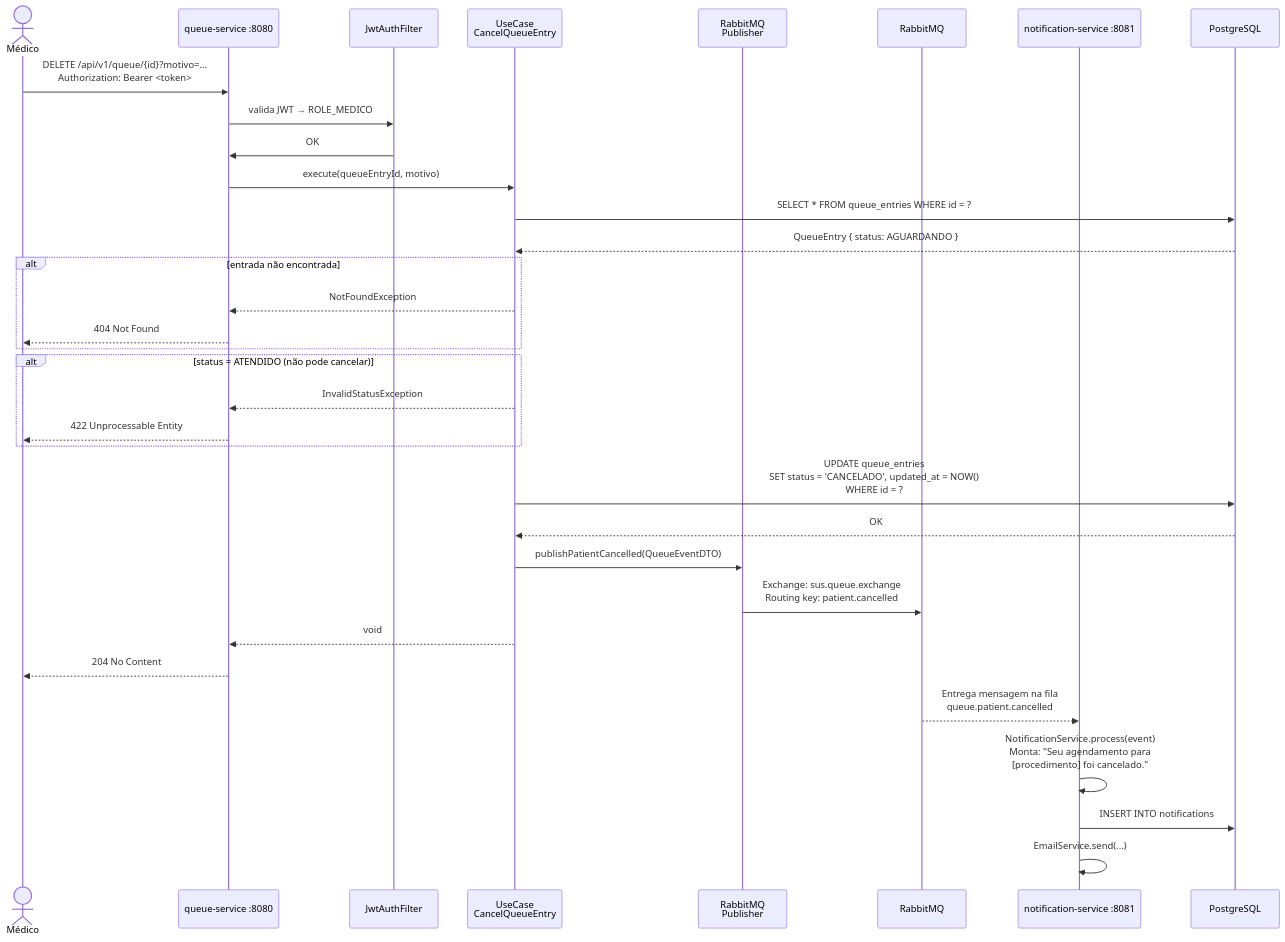
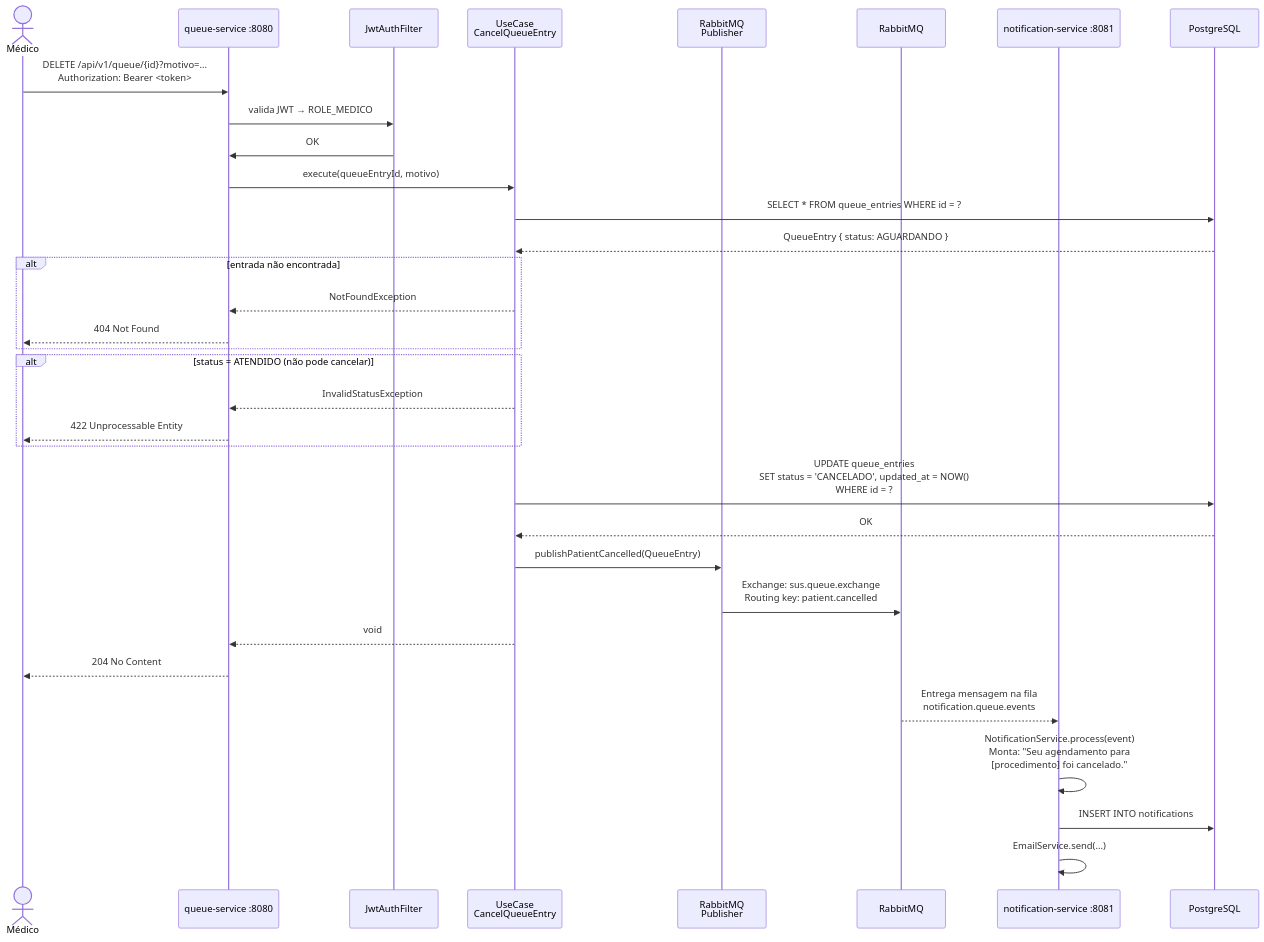
The seventh of 13 diagrams in docs/sequencias-diagrama.md (LucasBruner/Morbus), drawn with Mermaid before and after one commit. The commit also changed other lines of this file and 235 other files, not shown here.

````diff
--- a/docs/sequencias-diagrama.md
+++ b/docs/sequencias-diagrama.md
@@ -303,46 +303,46 @@
 ```mermaid
 sequenceDiagram
     actor Medico as Médico
     participant QS as queue-service :8080
     participant Filter as JwtAuthFilter
     participant UC as UseCase<br/>CancelQueueEntry
     participant Publisher as RabbitMQ<br/>Publisher
     participant MQ as RabbitMQ
     participant NS as notification-service :8081
     participant DB as PostgreSQL
 
     Medico->>QS: DELETE /api/v1/queue/{id}?motivo=...<br/>Authorization: Bearer <token>
 
     QS->>Filter: valida JWT → ROLE_MEDICO
     Filter->>QS: OK
 
     QS->>UC: execute(queueEntryId, motivo)
 
     UC->>DB: SELECT * FROM queue_entries WHERE id = ?
     DB-->>UC: QueueEntry { status: AGUARDANDO }
 
     alt entrada não encontrada
         UC-->>QS: NotFoundException
         QS-->>Medico: 404 Not Found
     end
 
     alt status = ATENDIDO (não pode cancelar)
         UC-->>QS: InvalidStatusException
         QS-->>Medico: 422 Unprocessable Entity
     end
 
     UC->>DB: UPDATE queue_entries<br/>SET status = 'CANCELADO', updated_at = NOW()<br/>WHERE id = ?
     DB-->>UC: OK
 
-    UC->>Publisher: publishPatientCancelled(QueueEventDTO)
+    UC->>Publisher: publishPatientCancelled(QueueEntry)
     Publisher->>MQ: Exchange: sus.queue.exchange<br/>Routing key: patient.cancelled
 
     UC-->>QS: void
     QS-->>Medico: 204 No Content
 
-    MQ-->>NS: Entrega mensagem na fila<br/>queue.patient.cancelled
+    MQ-->>NS: Entrega mensagem na fila<br/>notification.queue.events
 
     NS->>NS: NotificationService.process(event)<br/>Monta: "Seu agendamento para<br/>[procedimento] foi cancelado."
     NS->>DB: INSERT INTO notifications
     NS->>NS: EmailService.send(...)
 ```
````
